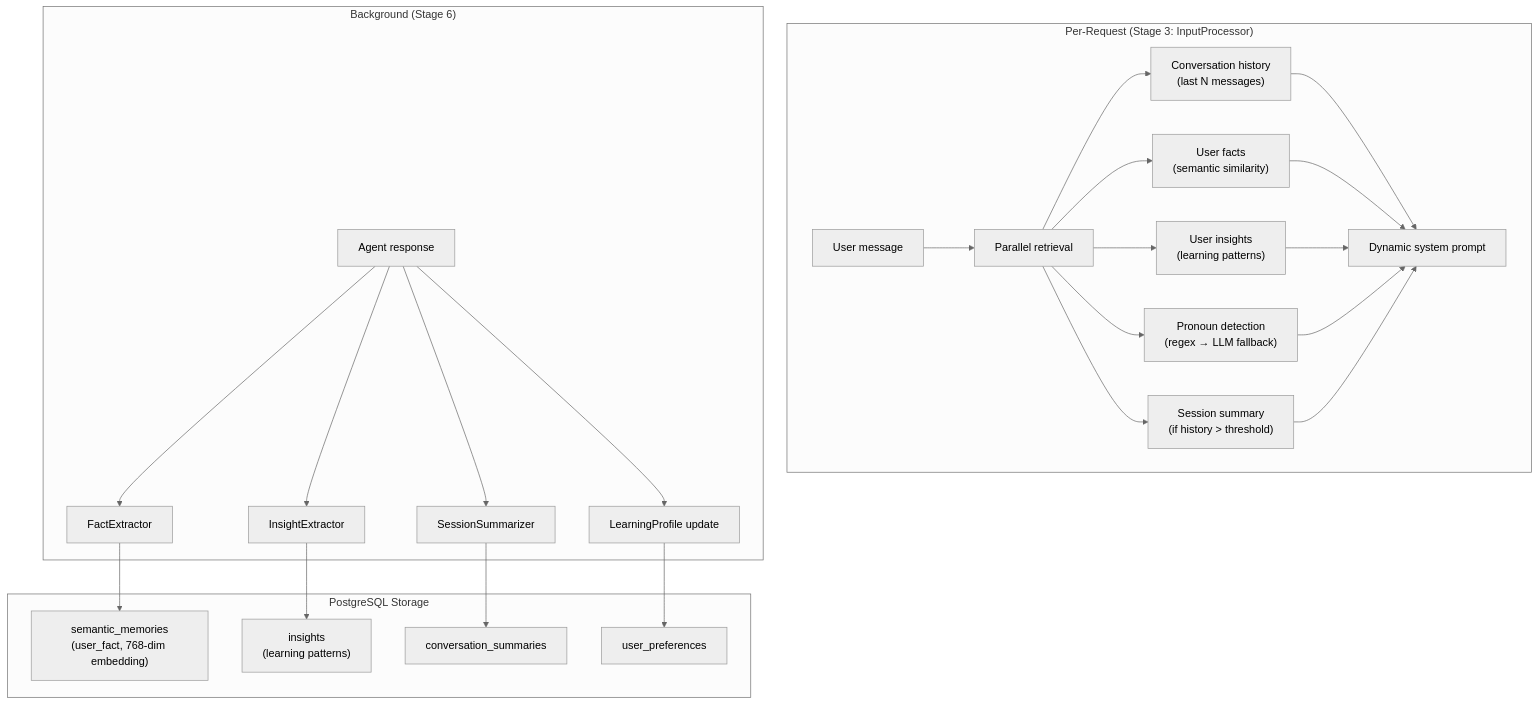
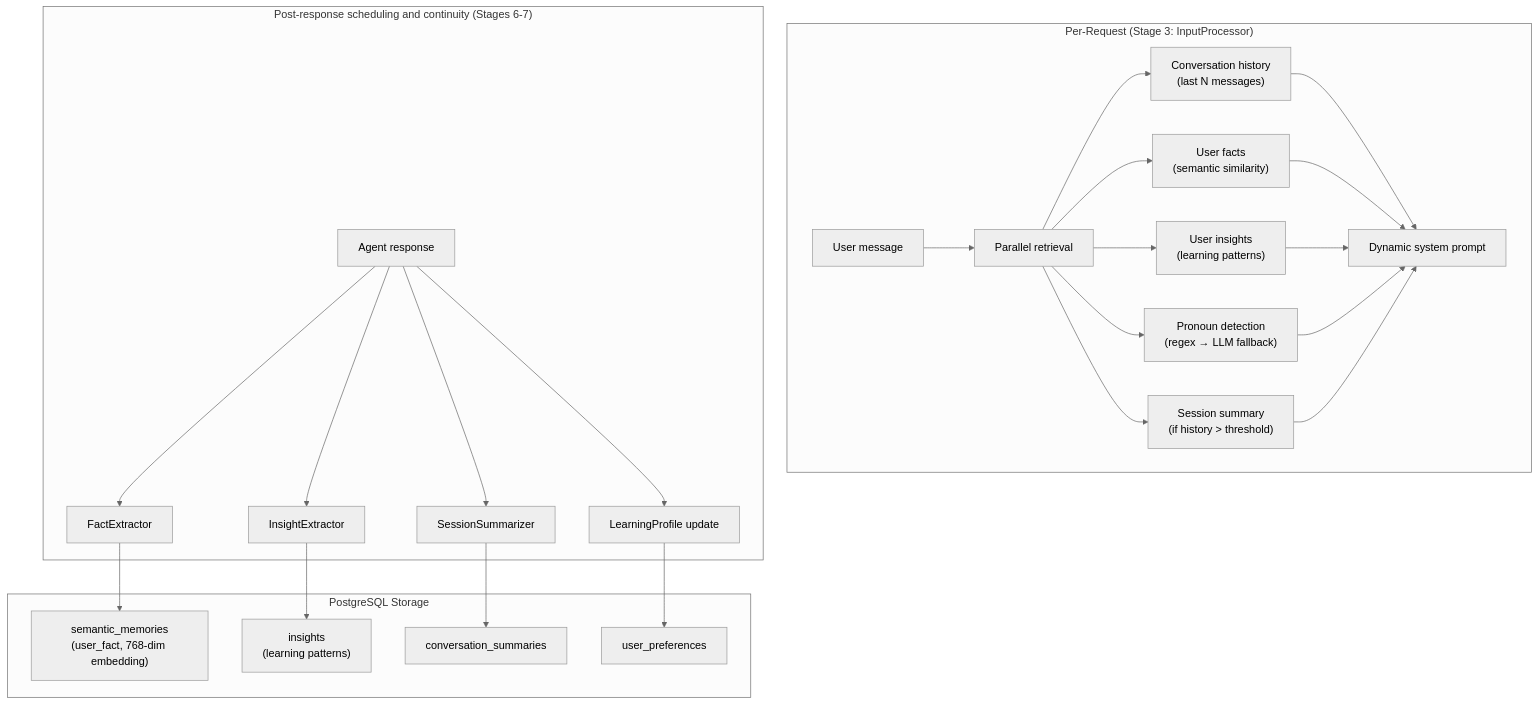
One commit to meiiie/wiii changed the ninth of 26 diagrams in maritime-ai-service/docs/architecture/SYSTEM_ARCHITECTURE.md. Above: the diagram before and after it, drawn with Mermaid (neutral theme). The commit also changed other lines of this file and 364 other files, not shown here.

````diff
--- a/maritime-ai-service/docs/architecture/SYSTEM_ARCHITECTURE.md
+++ b/maritime-ai-service/docs/architecture/SYSTEM_ARCHITECTURE.md
@@ -867,26 +879,26 @@
 ```mermaid
 flowchart TB
     subgraph PerRequest["Per-Request (Stage 3: InputProcessor)"]
         MSG["User message"] --> PARALLEL["Parallel retrieval"]
         PARALLEL --> HIST["Conversation history<br/>(last N messages)"]
         PARALLEL --> FACTS["User facts<br/>(semantic similarity)"]
         PARALLEL --> INS["User insights<br/>(learning patterns)"]
         PARALLEL --> PRON["Pronoun detection<br/>(regex → LLM fallback)"]
         PARALLEL --> SUMM["Session summary<br/>(if history > threshold)"]
         HIST & FACTS & INS & PRON & SUMM --> PROMPT["Dynamic system prompt"]
     end
 
-    subgraph Background["Background (Stage 6)"]
+    subgraph Background["Post-response scheduling and continuity (Stages 6-7)"]
         RESP["Agent response"] --> FE["FactExtractor"]
         RESP --> IE["InsightExtractor"]
         RESP --> SS["SessionSummarizer"]
         RESP --> LP["LearningProfile update"]
     end
 
     subgraph Storage["PostgreSQL Storage"]
         FE --> SM_TABLE["semantic_memories<br/>(user_fact, 768-dim embedding)"]
         IE --> INS_TABLE["insights<br/>(learning patterns)"]
         SS --> SUMM_TABLE["conversation_summaries"]
         LP --> PREF_TABLE["user_preferences"]
     end
 ```
````
